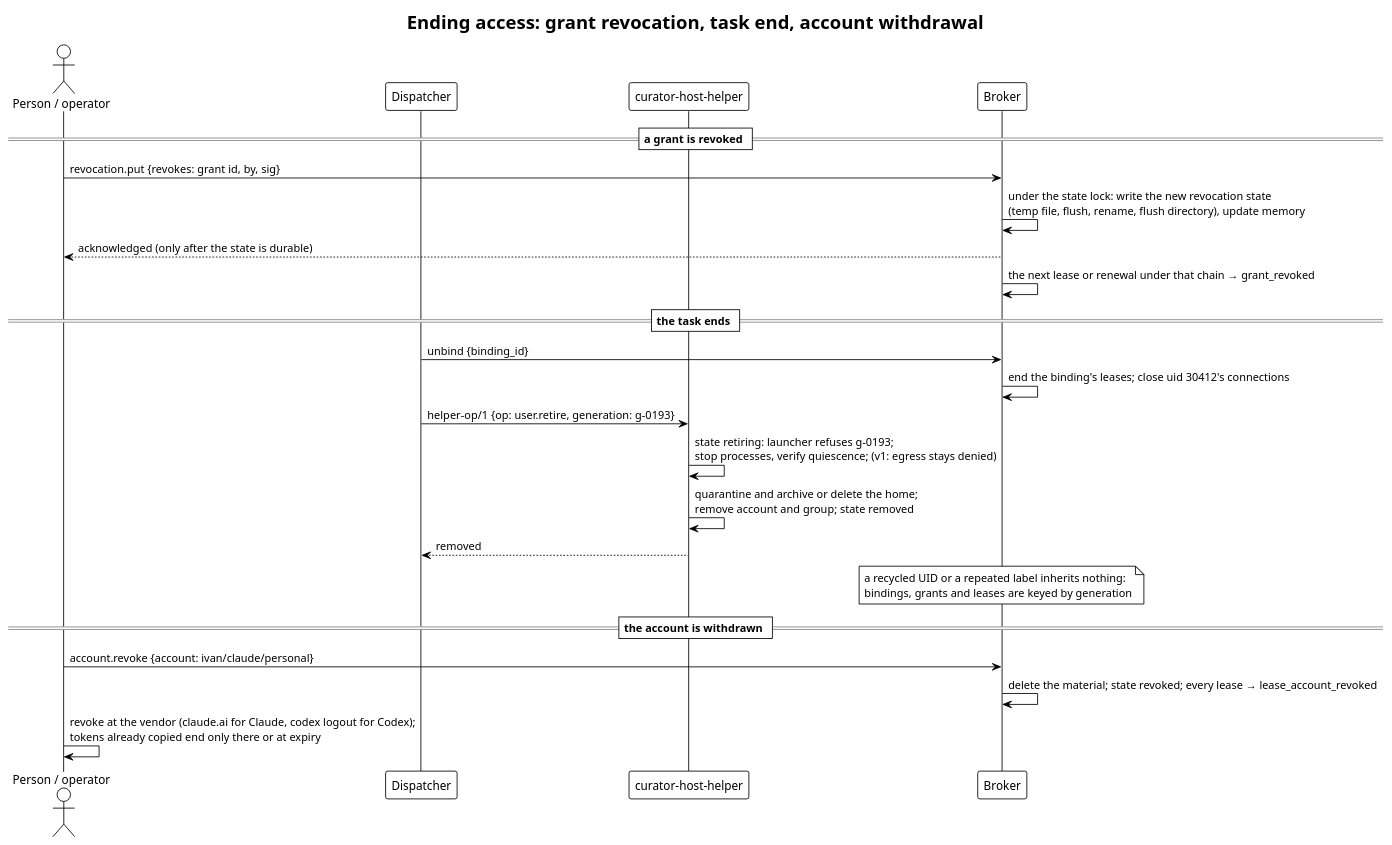
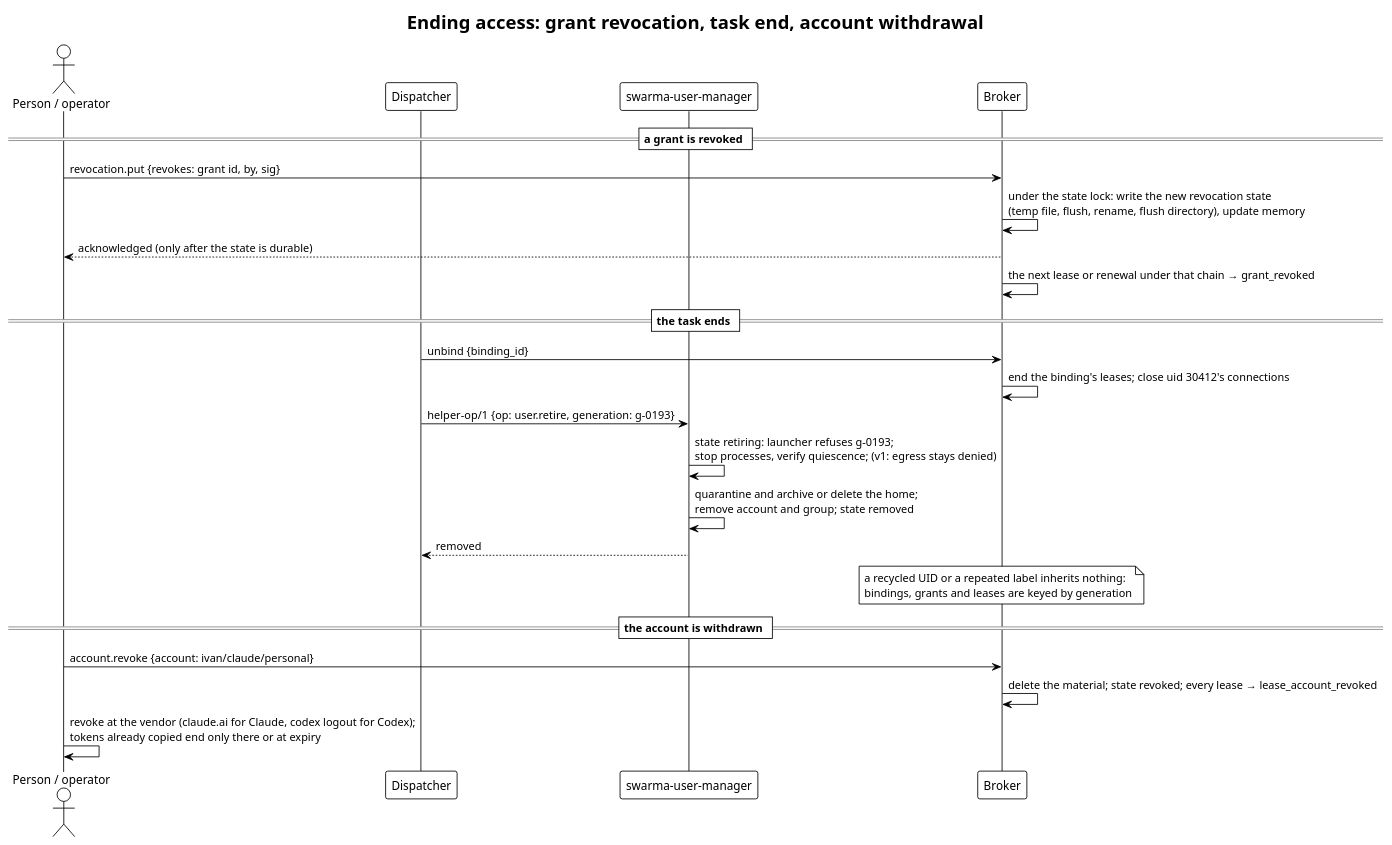
One commit to relux-works/curator-credential-broker changed the diagram in diagrams/revoke-and-unbind.puml. Above: the diagram before and after it, drawn with PlantUML. The commit also changed 4 other files, not shown here.

```diff
--- a/diagrams/revoke-and-unbind.puml
+++ b/diagrams/revoke-and-unbind.puml
@@ -1,29 +1,29 @@
 @startuml revoke-and-unbind
 !theme plain
 title Ending access: grant revocation, task end, account withdrawal
 
 actor "Person / operator" as P
 participant "Dispatcher" as D
-participant "curator-host-helper" as H
+participant "swarma-user-manager" as H
 participant "Broker" as B
 
 == a grant is revoked ==
 P -> B: revocation.put {revokes: grant id, by, sig}
 B -> B: under the state lock: write the new revocation state\n(temp file, flush, rename, flush directory), update memory
 B --> P: acknowledged (only after the state is durable)
 B -> B: the next lease or renewal under that chain → grant_revoked
 
 == the task ends ==
 D -> B: unbind {binding_id}
 B -> B: end the binding's leases; close uid 30412's connections
 D -> H: helper-op/1 {op: user.retire, generation: g-0193}
 H -> H: state retiring: launcher refuses g-0193;\nstop processes, verify quiescence; (v1: egress stays denied)
 H -> H: quarantine and archive or delete the home;\nremove account and group; state removed
 H --> D: removed
 note over B: a recycled UID or a repeated label inherits nothing:\nbindings, grants and leases are keyed by generation
 
 == the account is withdrawn ==
 P -> B: account.revoke {account: ivan/claude/personal}
 B -> B: delete the material; state revoked; every lease → lease_account_revoked
 P -> P: revoke at the vendor (claude.ai for Claude, codex logout for Codex);\ntokens already copied end only there or at expiry
 @enduml
```
